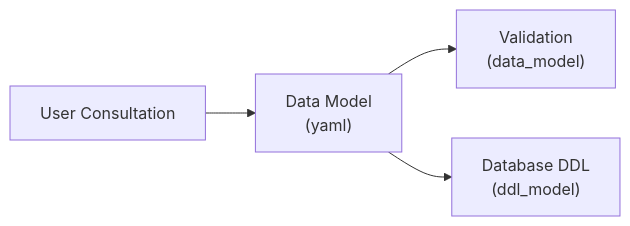
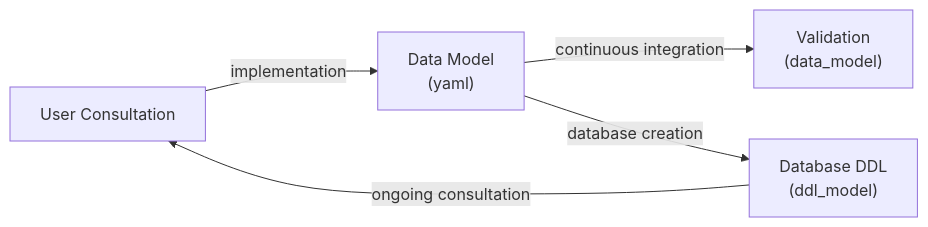
The diagram in README.md (UBC-DERC/data_model), drawn with Mermaid before and after one commit. The commit also changed other lines of this file and 2 other files, not shown here.

````diff
--- a/README.md
+++ b/README.md
@@ -13,15 +15,16 @@
 ```mermaid
 flowchart LR
   uc@{ label: "User Consultation" }
   dm@{ label: "Data Model\n(yaml)" }
   val@{ label: "Validation\n(data_model)" }
   ddl@{ label: "Database DDL\n(ddl_model)" }
-uc --> dm
-dm --> val
-dm --> ddl
+uc -- implementation --> dm
+dm -- continuous integration --> val
+dm -- database creation --> ddl
+ddl -- ongoing consultation --> uc
 
 click uc "https://ubc-derc.github.io/data_model/admin/governance/" "Data Governance"
 click dm "https://ubc-derc.github.io/data_model/database/" "UBC DERC Database Documentation"
 click val "https://github.com/UBC-DERC/data_model" "data_model validator"
 click ddl "https://github.com/UBC-DERC/ddl_builder" "DDL_Builder Repository"
 ```
````
